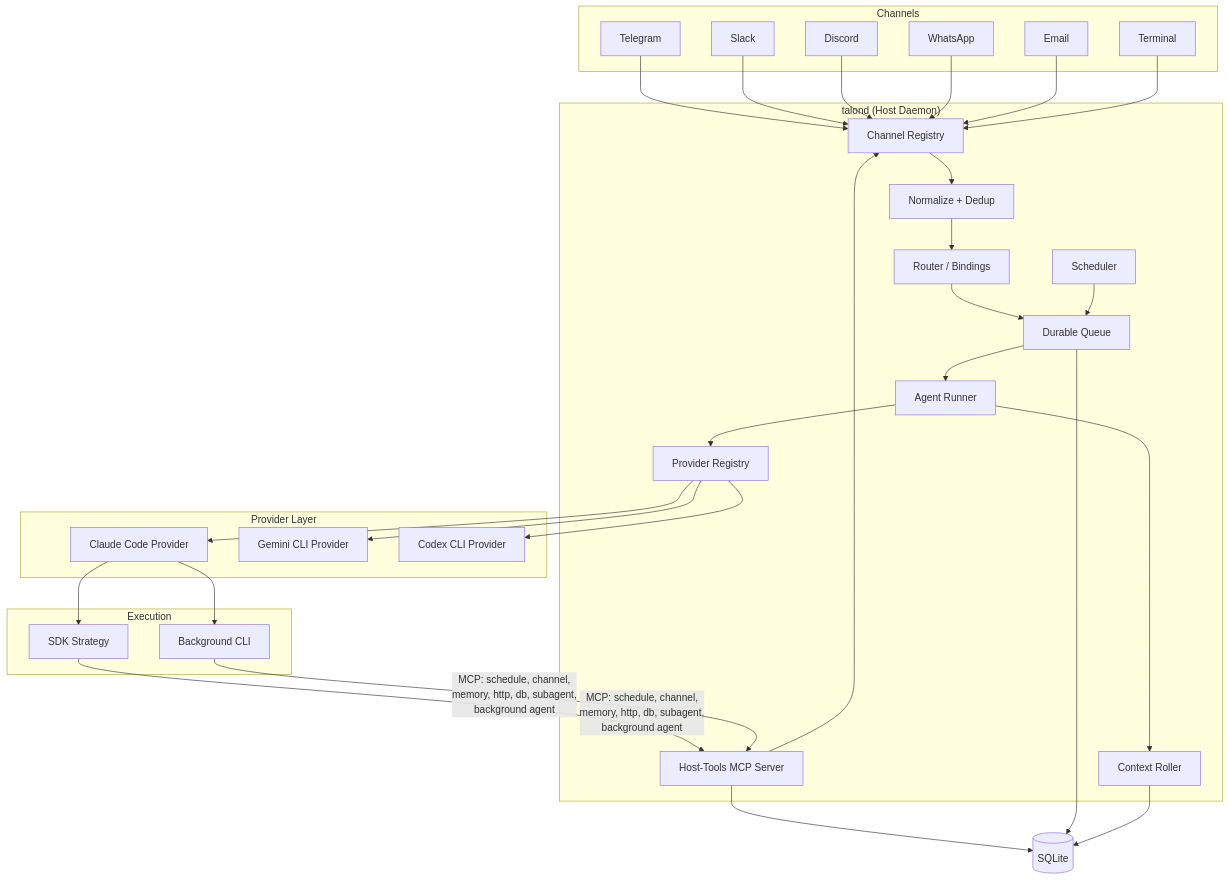
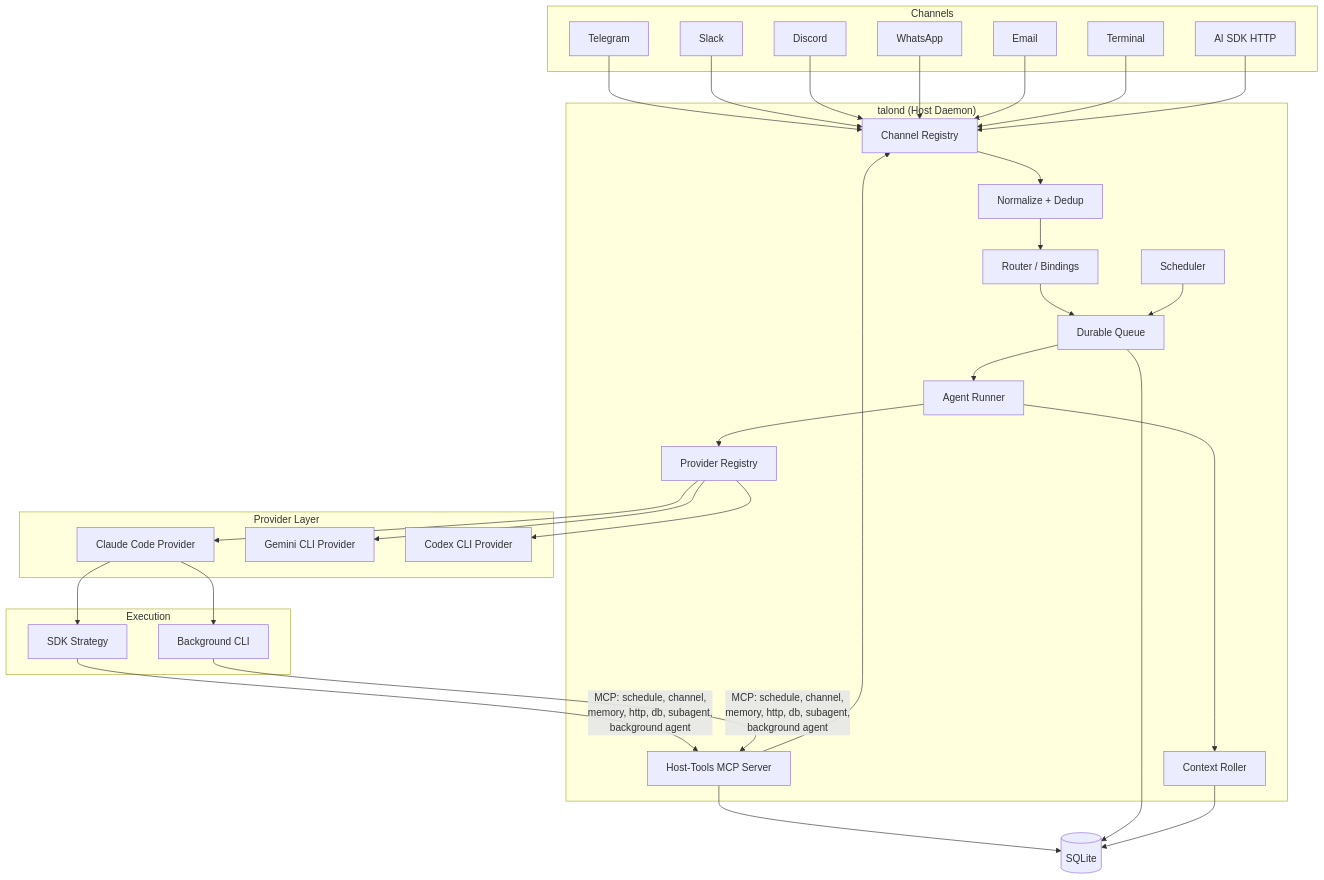
Before and after one commit to ivo-toby/talon: the first of 5 diagrams in README.md, drawn with Mermaid. The commit also changed other lines of this file and 1 other file, not shown here.

Commit message:
docs: add aisdk-http channel to README and CLAUDE.md

````diff
--- a/README.md
+++ b/README.md
@@ -163,51 +164,52 @@
 ```mermaid
 graph TB
     subgraph Channels
         TG[Telegram]
         SL[Slack]
         DC[Discord]
         WA[WhatsApp]
         EM[Email]
         TM[Terminal]
+        AH[AI SDK HTTP]
     end
 
     subgraph "talond (Host Daemon)"
         CR[Channel Registry]
         NP[Normalize + Dedup]
         RT[Router / Bindings]
         Q[Durable Queue]
         SCH[Scheduler]
         HT[Host-Tools MCP Server]
         AR[Agent Runner]
         PR[Provider Registry]
         CXR[Context Roller]
     end
 
     subgraph "Provider Layer"
         P1[Claude Code Provider]
         P2[Gemini CLI Provider]
         P3[Codex CLI Provider]
     end
 
     subgraph "Execution"
         SDK[SDK Strategy]
         BG[Background CLI]
     end
 
     DB[(SQLite)]
 
-    TG & SL & DC & WA & EM & TM --> CR
+    TG & SL & DC & WA & EM & TM & AH --> CR
     CR --> NP --> RT --> Q
     Q --> AR
     AR --> PR
     PR --> P1 & P2 & P3
     P1 --> SDK
     P1 --> BG
     SDK & BG -->|"MCP: schedule, channel,<br/>memory, http, db, subagent,<br/>background agent"| HT
     HT --> CR
     HT --> DB
     SCH --> Q
     Q --> DB
     AR --> CXR
     CXR --> DB
 ```
````
